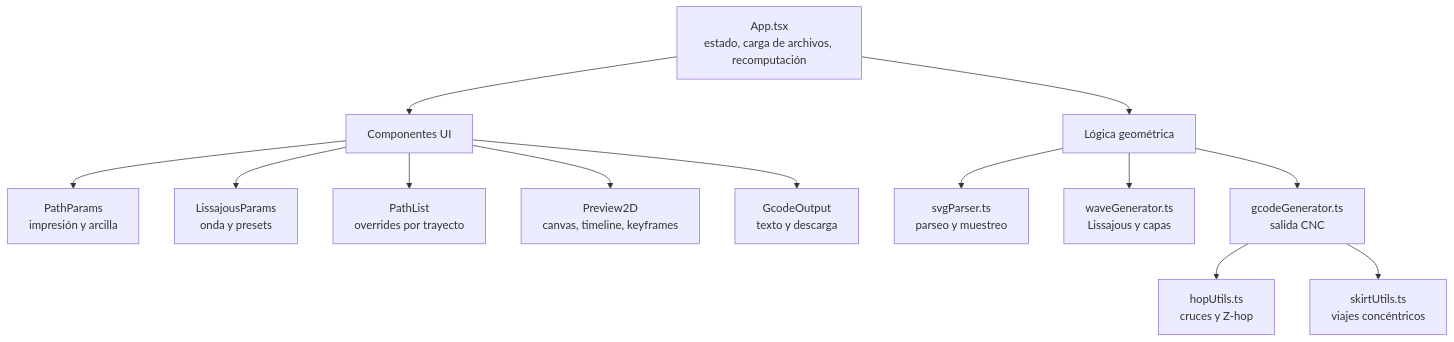
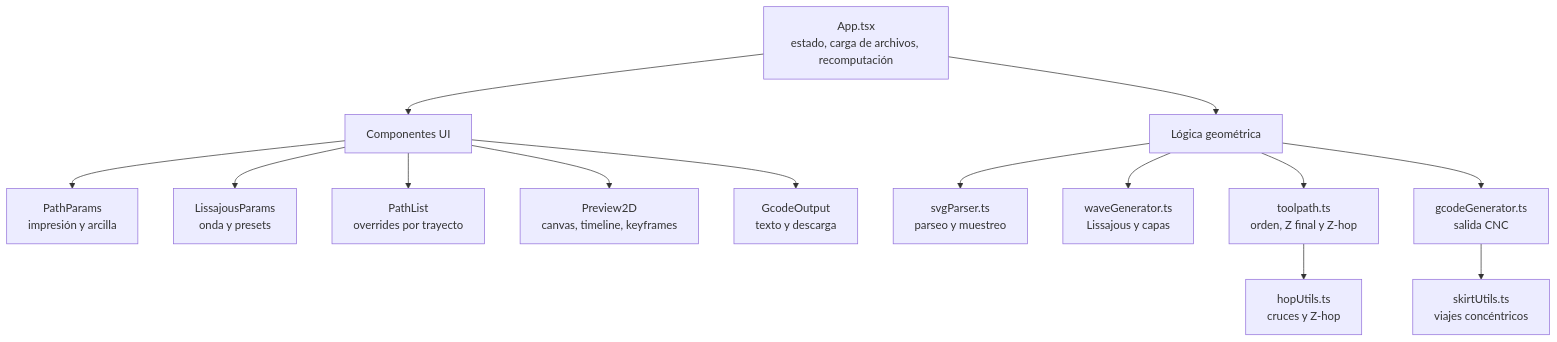
Before and after one commit to Cranmellar/barrocode: the second of 3 diagrams in docs/architecture.md, drawn with Mermaid. The commit also changed other lines of this file and 6 other files, not shown here.

````diff
--- a/docs/architecture.md
+++ b/docs/architecture.md
@@ -29,17 +31,18 @@
 ```mermaid
 flowchart TB
   App["App.tsx<br/>estado, carga de archivos, recomputación"] --> UI["Componentes UI"]
   App --> Lib["Lógica geométrica"]
 
   UI --> PathParams["PathParams<br/>impresión y arcilla"]
   UI --> LissParams["LissajousParams<br/>onda y presets"]
   UI --> PathList["PathList<br/>overrides por trayecto"]
   UI --> Preview["Preview2D<br/>canvas, timeline, keyframes"]
   UI --> GOut["GcodeOutput<br/>texto y descarga"]
 
   Lib --> Parser["svgParser.ts<br/>parseo y muestreo"]
   Lib --> Wave["waveGenerator.ts<br/>Lissajous y capas"]
+  Lib --> Toolpath["toolpath.ts<br/>orden, Z final y Z-hop"]
+  Toolpath --> Hop["hopUtils.ts<br/>cruces y Z-hop"]
   Lib --> Gcode["gcodeGenerator.ts<br/>salida CNC"]
-  Gcode --> Hop["hopUtils.ts<br/>cruces y Z-hop"]
   Gcode --> Skirt["skirtUtils.ts<br/>viajes concéntricos"]
 ```
````
